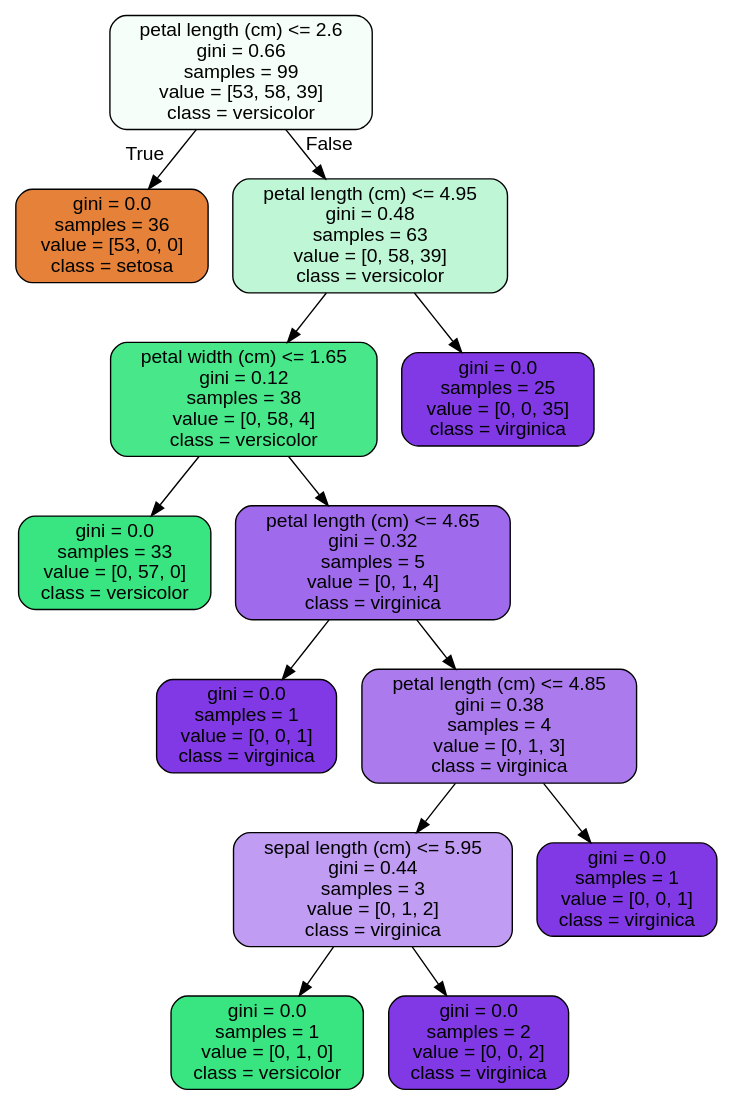
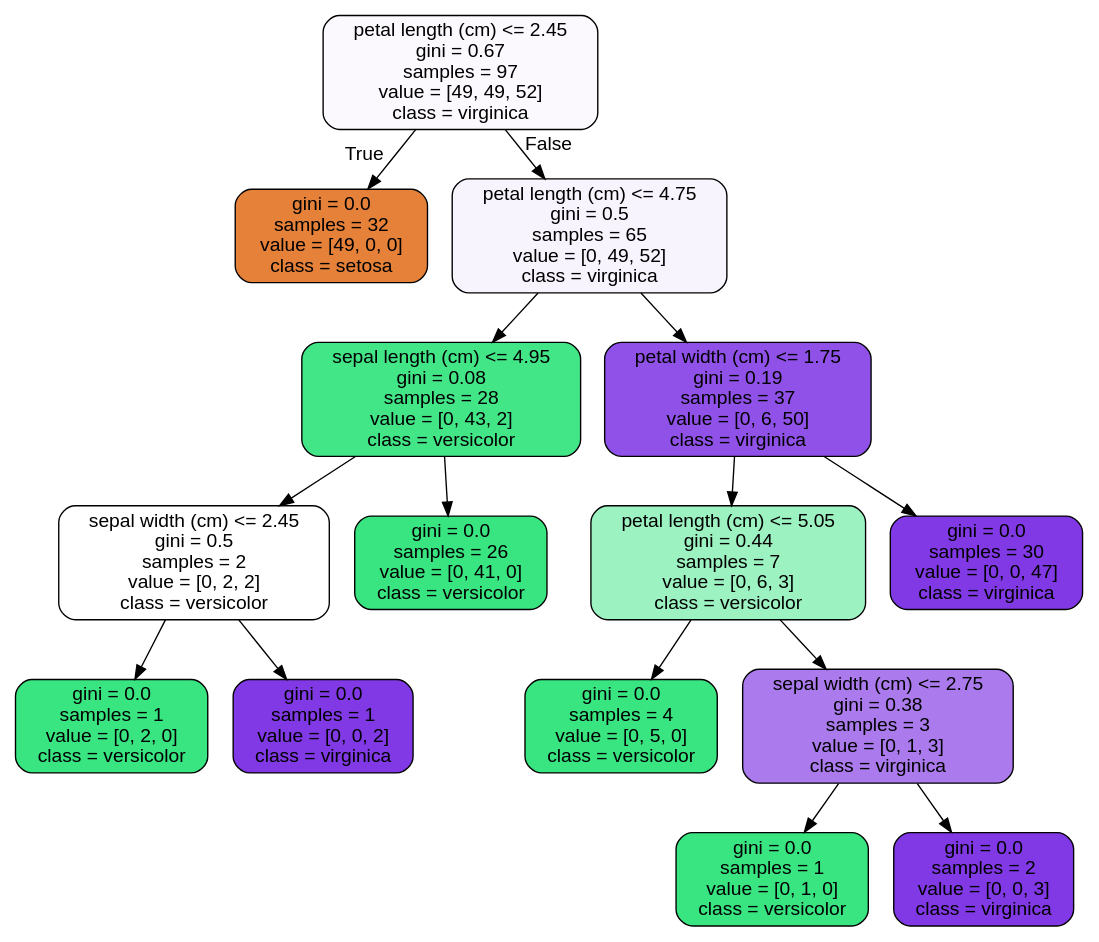
Before and after one commit to TSchwenn/dsc: the diagram in Unit 14 - Supervised Learning/14.4 Random Forest Coronavirus case study/tree.dot, drawn with Graphviz. The commit also changed 4 other files, not shown here.

```diff
--- a/Unit 14 - Supervised Learning/14.4 Random Forest Coronavirus case study/tree.dot
+++ b/Unit 14 - Supervised Learning/14.4 Random Forest Coronavirus case study/tree.dot
@@ -1,29 +1,33 @@
 digraph Tree {
 node [shape=box, style="filled, rounded", color="black", fontname="helvetica"] ;
 edge [fontname="helvetica"] ;
-0 [label="petal length (cm) <= 2.6\ngini = 0.66\nsamples = 99\nvalue = [53, 58, 39]\nclass = versicolor", fillcolor="#f5fef9"] ;
-1 [label="gini = 0.0\nsamples = 36\nvalue = [53, 0, 0]\nclass = setosa", fillcolor="#e58139"] ;
+0 [label="petal length (cm) <= 2.45\ngini = 0.67\nsamples = 97\nvalue = [49, 49, 52]\nclass = virginica", fillcolor="#fbf9fe"] ;
+1 [label="gini = 0.0\nsamples = 32\nvalue = [49, 0, 0]\nclass = setosa", fillcolor="#e58139"] ;
 0 -> 1 [labeldistance=2.5, labelangle=45, headlabel="True"] ;
-2 [label="petal length (cm) <= 4.95\ngini = 0.48\nsamples = 63\nvalue = [0, 58, 39]\nclass = versicolor", fillcolor="#bef6d6"] ;
+2 [label="petal length (cm) <= 4.75\ngini = 0.5\nsamples = 65\nvalue = [0, 49, 52]\nclass = virginica", fillcolor="#f8f4fe"] ;
 0 -> 2 [labeldistance=2.5, labelangle=-45, headlabel="False"] ;
-3 [label="petal width (cm) <= 1.65\ngini = 0.12\nsamples = 38\nvalue = [0, 58, 4]\nclass = versicolor", fillcolor="#47e78a"] ;
+3 [label="sepal length (cm) <= 4.95\ngini = 0.08\nsamples = 28\nvalue = [0, 43, 2]\nclass = versicolor", fillcolor="#42e687"] ;
 2 -> 3 ;
-4 [label="gini = 0.0\nsamples = 33\nvalue = [0, 57, 0]\nclass = versicolor", fillcolor="#39e581"] ;
+4 [label="sepal width (cm) <= 2.45\ngini = 0.5\nsamples = 2\nvalue = [0, 2, 2]\nclass = versicolor", fillcolor="#ffffff"] ;
 3 -> 4 ;
-5 [label="petal length (cm) <= 4.65\ngini = 0.32\nsamples = 5\nvalue = [0, 1, 4]\nclass = virginica", fillcolor="#a06aec"] ;
-3 -> 5 ;
-6 [label="gini = 0.0\nsamples = 1\nvalue = [0, 0, 1]\nclass = virginica", fillcolor="#8139e5"] ;
-5 -> 6 ;
-7 [label="petal length (cm) <= 4.85\ngini = 0.38\nsamples = 4\nvalue = [0, 1, 3]\nclass = virginica", fillcolor="#ab7bee"] ;
-5 -> 7 ;
-8 [label="sepal length (cm) <= 5.95\ngini = 0.44\nsamples = 3\nvalue = [0, 1, 2]\nclass = virginica", fillcolor="#c09cf2"] ;
-7 -> 8 ;
-9 [label="gini = 0.0\nsamples = 1\nvalue = [0, 1, 0]\nclass = versicolor", fillcolor="#39e581"] ;
+5 [label="gini = 0.0\nsamples = 1\nvalue = [0, 2, 0]\nclass = versicolor", fillcolor="#39e581"] ;
+4 -> 5 ;
+6 [label="gini = 0.0\nsamples = 1\nvalue = [0, 0, 2]\nclass = virginica", fillcolor="#8139e5"] ;
+4 -> 6 ;
+7 [label="gini = 0.0\nsamples = 26\nvalue = [0, 41, 0]\nclass = versicolor", fillcolor="#39e581"] ;
+3 -> 7 ;
+8 [label="petal width (cm) <= 1.75\ngini = 0.19\nsamples = 37\nvalue = [0, 6, 50]\nclass = virginica", fillcolor="#9051e8"] ;
+2 -> 8 ;
+9 [label="petal length (cm) <= 5.05\ngini = 0.44\nsamples = 7\nvalue = [0, 6, 3]\nclass = versicolor", fillcolor="#9cf2c0"] ;
 8 -> 9 ;
-10 [label="gini = 0.0\nsamples = 2\nvalue = [0, 0, 2]\nclass = virginica", fillcolor="#8139e5"] ;
-8 -> 10 ;
-11 [label="gini = 0.0\nsamples = 1\nvalue = [0, 0, 1]\nclass = virginica", fillcolor="#8139e5"] ;
-7 -> 11 ;
-12 [label="gini = 0.0\nsamples = 25\nvalue = [0, 0, 35]\nclass = virginica", fillcolor="#8139e5"] ;
-2 -> 12 ;
+10 [label="gini = 0.0\nsamples = 4\nvalue = [0, 5, 0]\nclass = versicolor", fillcolor="#39e581"] ;
+9 -> 10 ;
+11 [label="sepal width (cm) <= 2.75\ngini = 0.38\nsamples = 3\nvalue = [0, 1, 3]\nclass = virginica", fillcolor="#ab7bee"] ;
+9 -> 11 ;
+12 [label="gini = 0.0\nsamples = 1\nvalue = [0, 1, 0]\nclass = versicolor", fillcolor="#39e581"] ;
+11 -> 12 ;
+13 [label="gini = 0.0\nsamples = 2\nvalue = [0, 0, 3]\nclass = virginica", fillcolor="#8139e5"] ;
+11 -> 13 ;
+14 [label="gini = 0.0\nsamples = 30\nvalue = [0, 0, 47]\nclass = virginica", fillcolor="#8139e5"] ;
+8 -> 14 ;
 }
```
